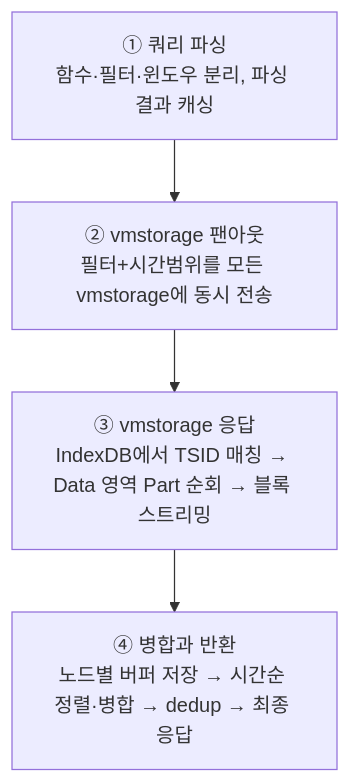
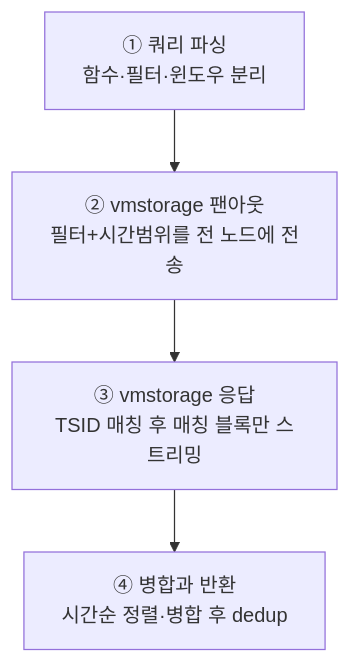
Before and after one commit to idoyo7/study-hugo: the second of 4 diagrams in content/monitoring/victoriametrics/by-source/04-2026-07-three-stage-optimization.md, drawn with Mermaid. The commit also changed other lines of this file and 3 other files, not shown here.

First line of the commit message:
docs(victoriametrics): by-source 다이어그램 5종 추가 + 문체 정제(Codex 교차검증)

````diff
--- a/content/monitoring/victoriametrics/by-source/04-2026-07-three-stage-optimization.md
+++ b/content/monitoring/victoriametrics/by-source/04-2026-07-three-stage-optimization.md
@@ -80,6 +86,6 @@
 ```mermaid
 flowchart TD
-  A["① 쿼리 파싱<br/>함수·필터·윈도우 분리, 파싱 결과 캐싱"] --> B["② vmstorage 팬아웃<br/>필터+시간범위를 모든 vmstorage에 동시 전송"]
-  B --> C["③ vmstorage 응답<br/>IndexDB에서 TSID 매칭 → Data 영역 Part 순회 → 블록 스트리밍"]
-  C --> D["④ 병합과 반환<br/>노드별 버퍼 저장 → 시간순 정렬·병합 → dedup → 최종 응답"]
+  A["① 쿼리 파싱<br/>함수·필터·윈도우 분리"] --> B["② vmstorage 팬아웃<br/>필터+시간범위를 전 노드에 전송"]
+  B --> C["③ vmstorage 응답<br/>TSID 매칭 후 매칭 블록만 스트리밍"]
+  C --> D["④ 병합과 반환<br/>시간순 정렬·병합 후 dedup"]
 ```
````
